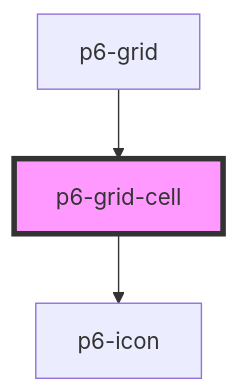
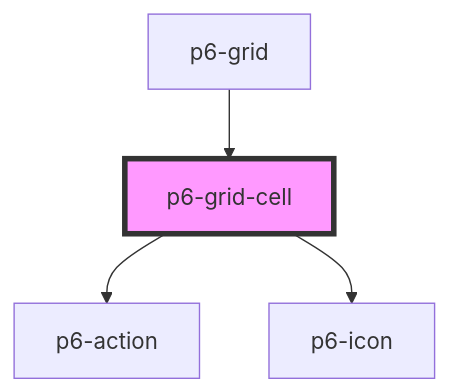
The diagram in src/components/atoms/p6-grid-cell/readme.md (amalto/platform6-ui-components), drawn with Mermaid before and after one commit. The commit also changed other lines of this file and 14 other files, not shown here.

````diff
--- a/src/components/atoms/p6-grid-cell/readme.md
+++ b/src/components/atoms/p6-grid-cell/readme.md
@@ -44,6 +49,7 @@
 ```mermaid
 graph TD;
+  p6-grid-cell --> p6-action
   p6-grid-cell --> p6-icon
   p6-grid --> p6-grid-cell
   style p6-grid-cell fill:#f9f,stroke:#333,stroke-width:4px
 ```
````
